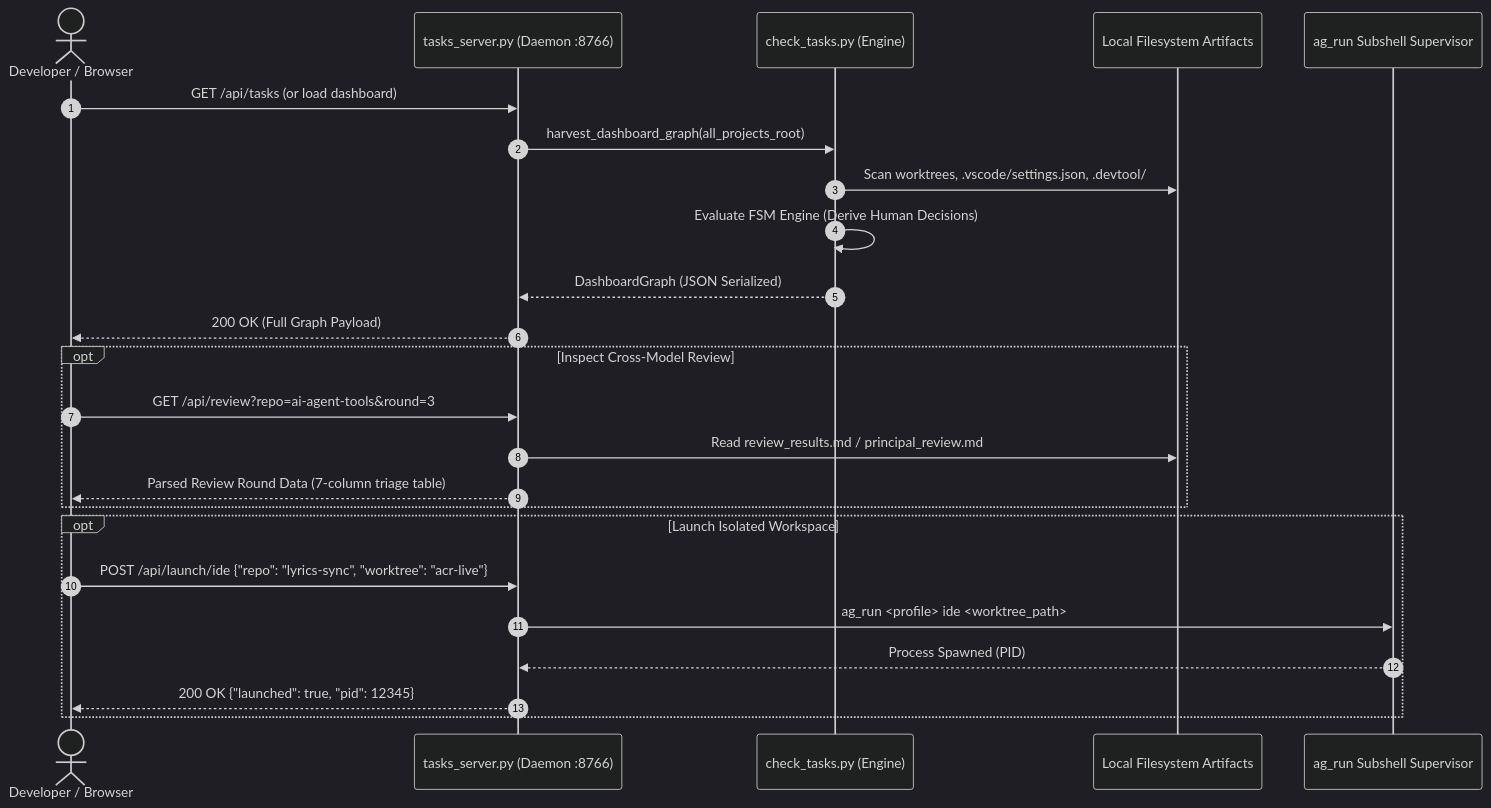
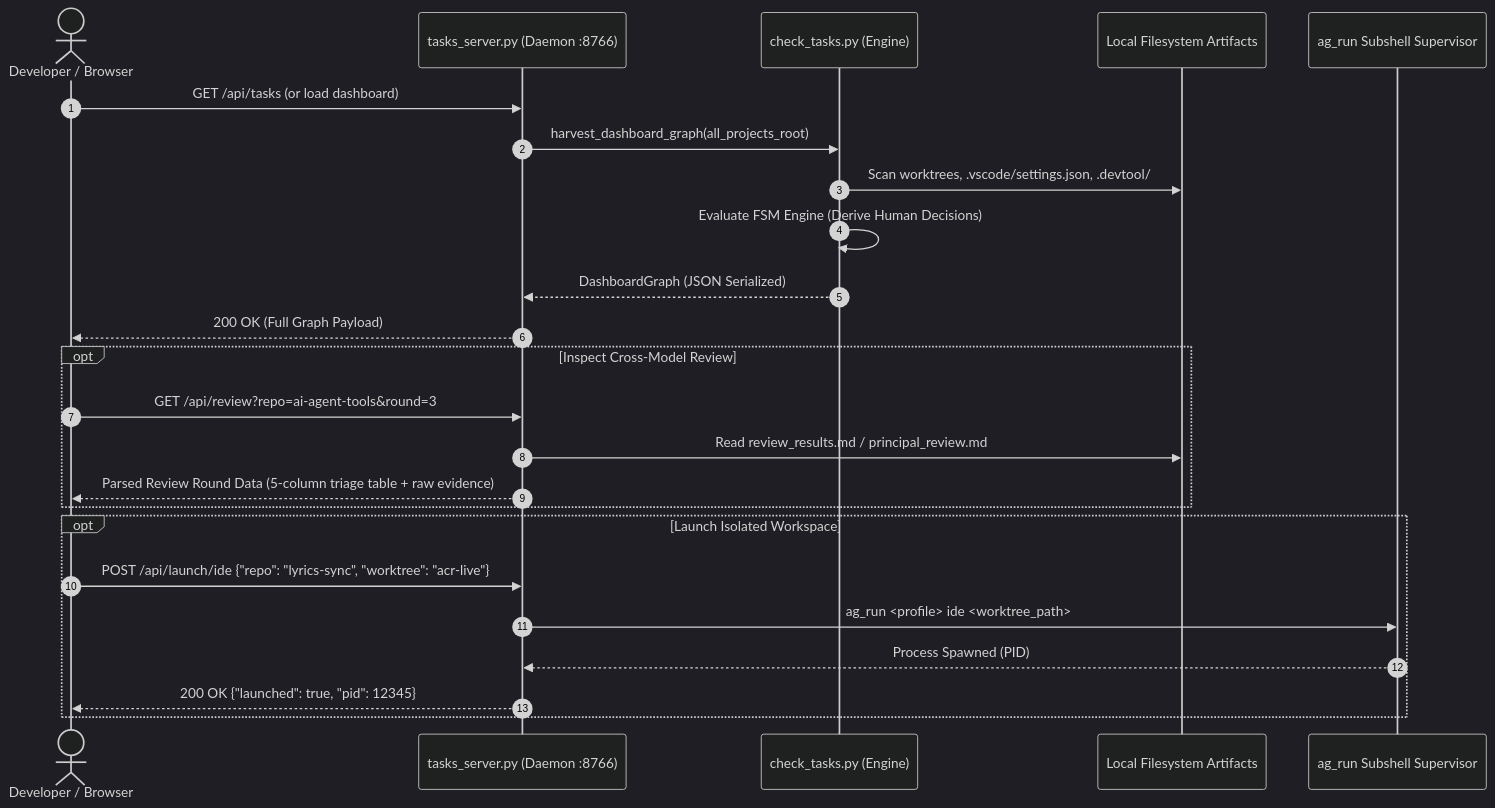
One commit to DanhDue/ai-agent-tools changed the second of 2 diagrams in .devtool/epic/check_tasks_dashboard/check_tasks_dashboard.en.md. Above: the diagram before and after it, drawn with Mermaid (dark theme). The commit also changed other lines of this file and 15 other files, not shown here.

First line of the commit message:
[CHECK_TASKS_DASHBOARD] Revise epic after Principal Review round 2

````diff
--- a/.devtool/epic/check_tasks_dashboard/check_tasks_dashboard.en.md
+++ b/.devtool/epic/check_tasks_dashboard/check_tasks_dashboard.en.md
@@ -98,29 +98,29 @@
 ```mermaid
 sequenceDiagram
     autonumber
     actor Dev as Developer / Browser
     participant Server as tasks_server.py (Daemon :8766)
     participant Harvester as check_tasks.py (Engine)
     participant FS as Local Filesystem Artifacts
     participant Launcher as ag_run Subshell Supervisor
 
     Dev->>Server: GET /api/tasks (or load dashboard)
     Server->>Harvester: harvest_dashboard_graph(all_projects_root)
     Harvester->>FS: Scan worktrees, .vscode/settings.json, .devtool/
     Harvester->>Harvester: Evaluate FSM Engine (Derive Human Decisions)
     Harvester-->>Server: DashboardGraph (JSON Serialized)
     Server-->>Dev: 200 OK (Full Graph Payload)
 
     opt Inspect Cross-Model Review
         Dev->>Server: GET /api/review?repo=ai-agent-tools&round=3
         Server->>FS: Read review_results.md / principal_review.md
-        Server-->>Dev: Parsed Review Round Data (7-column triage table)
+        Server-->>Dev: Parsed Review Round Data (5-column triage table + raw evidence)
     end
 
     opt Launch Isolated Workspace
         Dev->>Server: POST /api/launch/ide {"repo": "lyrics-sync", "worktree": "acr-live"}
         Server->>Launcher: ag_run <profile> ide <worktree_path>
         Launcher-->>Server: Process Spawned (PID)
         Server-->>Dev: 200 OK {"launched": true, "pid": 12345}
     end
 ```
````
